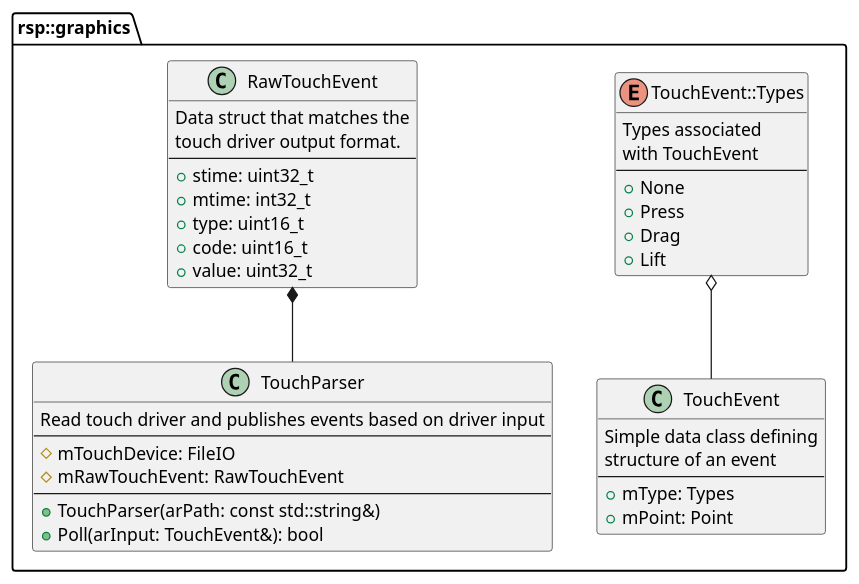
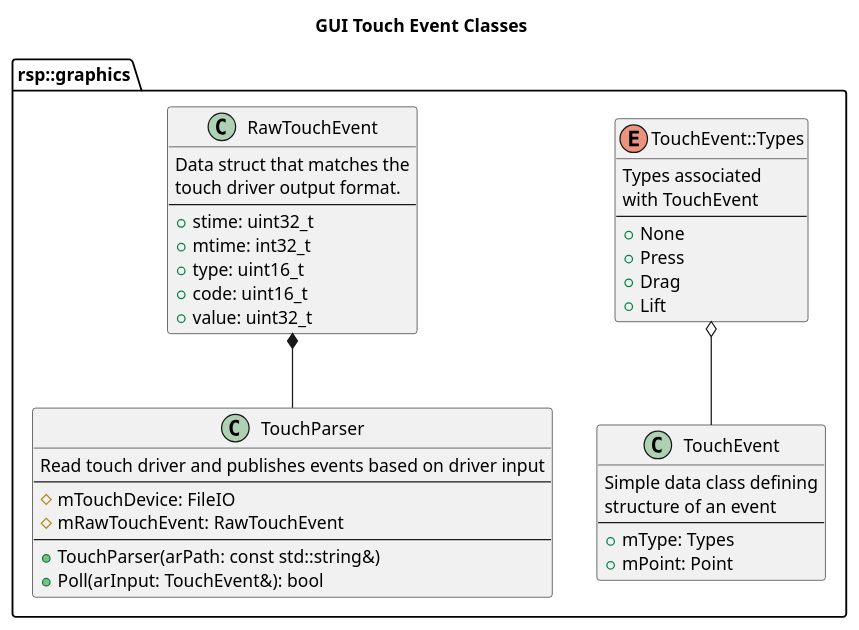
The diagram in docs/uml/GUI Touch Event Classes.puml (rsps/rsp-core-library), drawn with PlantUML before and after one commit. The commit also changed 7 other files, not shown here.

Commit message:
Finished update of UML diagrams

```diff
--- a/docs/uml/GUI Touch Event Classes.puml
+++ b/docs/uml/GUI Touch Event Classes.puml
@@ -1,49 +1,51 @@
 @startuml
+
+title GUI Touch Event Classes
 
 namespace rsp::graphics {
 
     enum TouchEvent::Types {
         Types associated
         with TouchEvent
         --
         +None
         +Press
         +Drag
         +Lift
     }
 
     class TouchEvent{
         Simple data class defining
         structure of an event
         --
         +mType: Types 
         +mPoint: Point
     }
     
     TouchEvent::Types o-- TouchEvent
 
     class RawTouchEvent {
         Data struct that matches the
         touch driver output format.
         --
         +stime: uint32_t
         +mtime: int32_t
         +type: uint16_t
         +code: uint16_t
         +value: uint32_t
     }
 
     class TouchParser{
         Read touch driver and publishes events based on driver input
         --
         #mTouchDevice: FileIO
         #mRawTouchEvent: RawTouchEvent
         --
         +TouchParser(arPath: const std::string&)
         +Poll(arInput: TouchEvent&): bool
     }
 
     RawTouchEvent *-- TouchParser
 }
 
 @enduml
```
